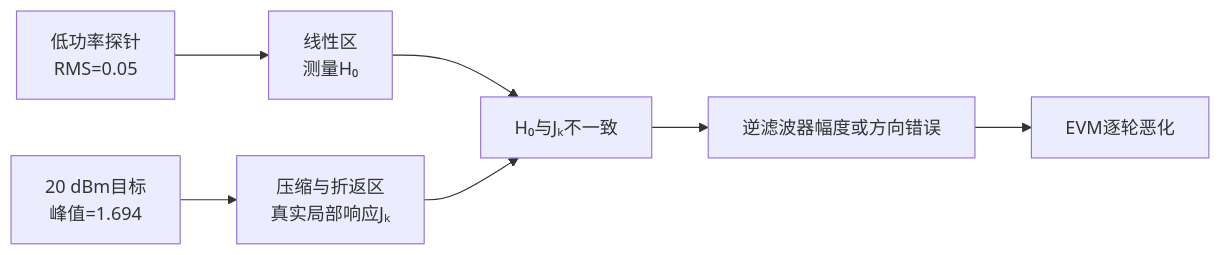
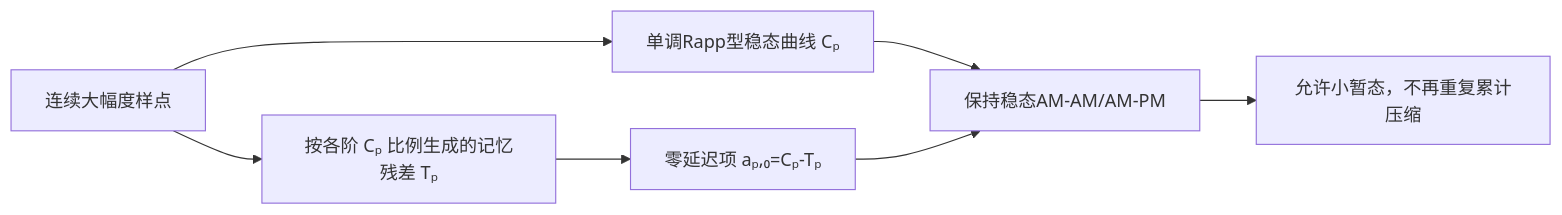
Before and after one commit to niyilu45/DPD_ILC: the second of 3 diagrams in doc/FAQ.md, drawn with Mermaid. The commit also changed other lines of this file and 32 other files, not shown here.

````diff
--- a/doc/FAQ.md
+++ b/doc/FAQ.md
@@ -381,9 +512,9 @@
 ```mermaid
 flowchart LR
-    probe["低功率探针<br/>RMS=0.05"] --> linear["线性区<br/>测量H₀"]
-    target["20 dBm目标<br/>峰值=1.694"] --> fold["压缩与折返区<br/>真实局部响应Jₖ"]
-    linear --> mismatch["H₀与Jₖ不一致"]
-    fold --> mismatch
-    mismatch --> wrong["逆滤波器幅度或方向错误"]
-    wrong --> evm["EVM逐轮恶化"]
+    input["连续大幅度样点"] --> static["单调Rapp型稳态曲线 Cₚ"]
+    input --> memory["按各阶 Cₚ 比例生成的记忆残差 Tₚ"]
+    memory --> compensation["零延迟项 aₚ,₀=Cₚ-Tₚ"]
+    static --> sum["保持稳态AM-AM/AM-PM"]
+    compensation --> sum
+    sum --> output["允许小暂态，不再重复累计压缩"]
 ```
````
